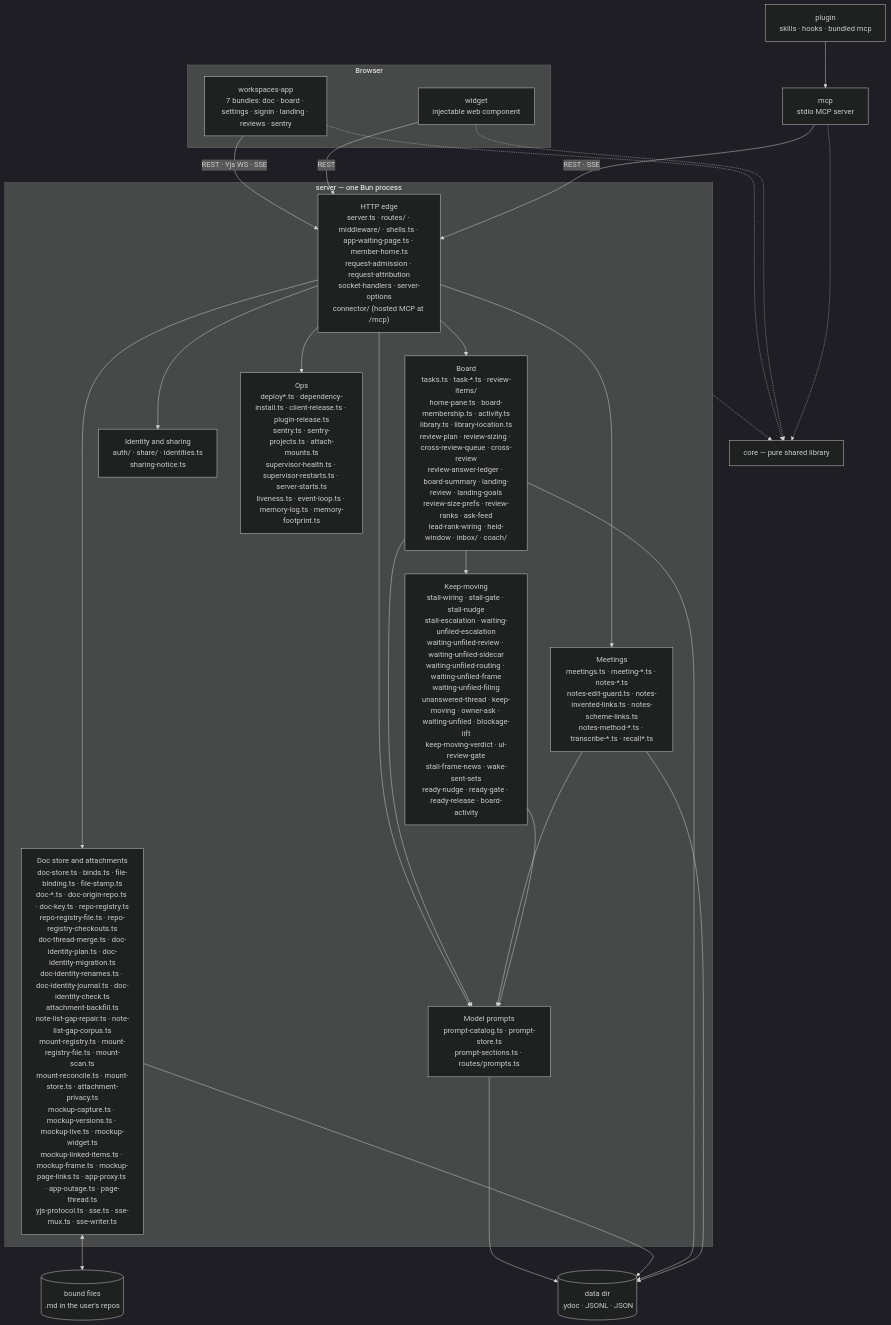
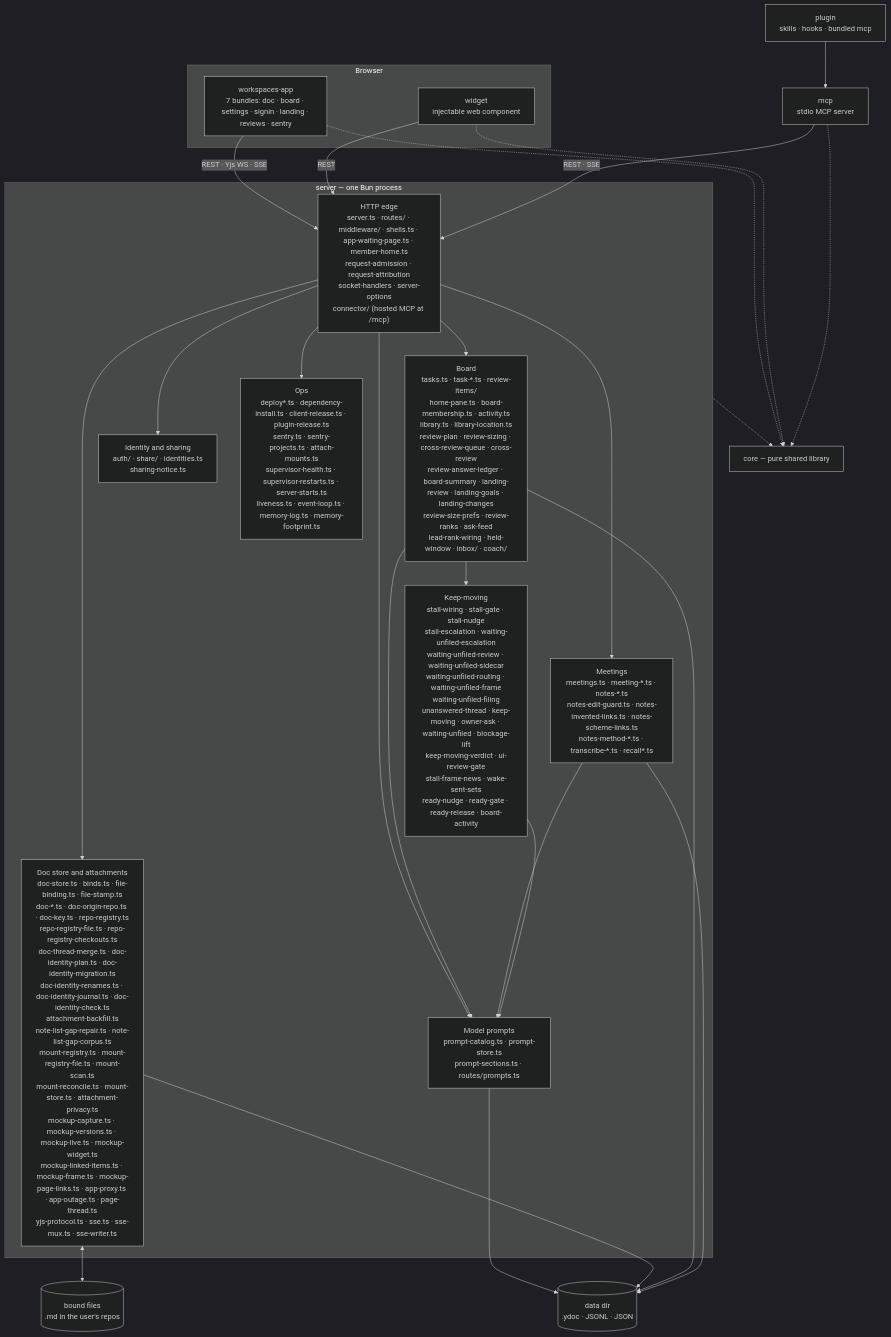
One commit to fryanpan/claude-workspace-plugin changed the first of 2 diagrams in docs/architecture/overview.md. Above: the diagram before and after it, drawn with Mermaid (dark theme). The commit also changed other lines of this file and 14 other files, not shown here.

````diff
--- a/docs/architecture/overview.md
+++ b/docs/architecture/overview.md
@@ -45,35 +45,35 @@
 ```mermaid
 flowchart TB
   subgraph browser[Browser]
     app["workspaces-app<br/>7 bundles: doc · board · settings · signin · landing · reviews · sentry"]
     wid["widget<br/>injectable web component"]
   end
   plug["plugin<br/>skills · hooks · bundled mcp"]
   mcp["mcp<br/>stdio MCP server"]
   subgraph srv["server — one Bun process"]
     edge["HTTP edge<br/>server.ts · routes/ · middleware/ · shells.ts · app-waiting-page.ts · member-home.ts<br/>request-admission · request-attribution<br/>socket-handlers · server-options<br/>connector/ (hosted MCP at /mcp)"]
     docs["Doc store and attachments<br/>doc-store.ts · binds.ts · file-binding.ts · file-stamp.ts<br/>doc-*.ts · doc-origin-repo.ts · doc-key.ts · repo-registry.ts<br/>repo-registry-file.ts · repo-registry-checkouts.ts<br/>doc-thread-merge.ts · doc-identity-plan.ts · doc-identity-migration.ts<br/>doc-identity-renames.ts · doc-identity-journal.ts · doc-identity-check.ts<br/>attachment-backfill.ts<br/>note-list-gap-repair.ts · note-list-gap-corpus.ts<br/>mount-registry.ts · mount-registry-file.ts · mount-scan.ts<br/>mount-reconcile.ts · mount-store.ts · attachment-privacy.ts<br/>mockup-capture.ts · mockup-versions.ts · mockup-live.ts · mockup-widget.ts<br/>mockup-linked-items.ts · mockup-frame.ts · mockup-page-links.ts · app-proxy.ts · app-outage.ts · page-thread.ts<br/>yjs-protocol.ts · sse.ts · sse-mux.ts · sse-writer.ts"]
-    board["Board<br/>tasks.ts · task-*.ts · review-items/<br/>home-pane.ts · board-membership.ts · activity.ts<br/>library.ts · library-location.ts<br/>review-plan · review-sizing · cross-review-queue · cross-review<br/>review-answer-ledger · board-summary · landing-review · landing-goals<br/>review-size-prefs · review-ranks · ask-feed<br/>lead-rank-wiring · held-window · inbox/ · coach/"]
+    board["Board<br/>tasks.ts · task-*.ts · review-items/<br/>home-pane.ts · board-membership.ts · activity.ts<br/>library.ts · library-location.ts<br/>review-plan · review-sizing · cross-review-queue · cross-review<br/>review-answer-ledger · board-summary · landing-review · landing-goals · landing-changes<br/>review-size-prefs · review-ranks · ask-feed<br/>lead-rank-wiring · held-window · inbox/ · coach/"]
     meet["Meetings<br/>meetings.ts · meeting-*.ts · notes-*.ts<br/>notes-edit-guard.ts · notes-invented-links.ts · notes-scheme-links.ts<br/>notes-method-*.ts · transcribe-*.ts · recall*.ts"]
     keep["Keep-moving<br/>stall-wiring · stall-gate · stall-nudge<br/>stall-escalation · waiting-unfiled-escalation<br/>waiting-unfiled-review · waiting-unfiled-sidecar<br/>waiting-unfiled-routing · waiting-unfiled-frame<br/>waiting-unfiled-filing<br/>unanswered-thread · keep-moving · owner-ask · waiting-unfiled · blockage-lift<br/>keep-moving-verdict · ui-review-gate<br/>stall-frame-news · wake-sent-sets<br/>ready-nudge · ready-gate · ready-release · board-activity"]
     ident["Identity and sharing<br/>auth/ · share/ · identities.ts<br/>sharing-notice.ts"]
     prompts["Model prompts<br/>prompt-catalog.ts · prompt-store.ts<br/>prompt-sections.ts · routes/prompts.ts"]
     ops["Ops<br/>deploy*.ts · dependency-install.ts · client-release.ts · plugin-release.ts<br/>sentry.ts · sentry-projects.ts · attach-mounts.ts<br/>supervisor-health.ts · supervisor-restarts.ts · server-starts.ts<br/>liveness.ts · event-loop.ts · memory-log.ts · memory-footprint.ts"]
   end
   core["core — pure shared library"]
   disk[("data dir<br/>.ydoc · JSONL · JSON")]
   files[("bound files<br/>.md in the user's repos")]
 
   app -->|"REST · Yjs WS · SSE"| edge
   wid -->|REST| edge
   plug --> mcp
   mcp -->|"REST · SSE"| edge
   edge --> docs & board & meet & ident & ops & prompts
   board & meet & keep --> prompts
   prompts --> disk
   board --> keep
   docs <--> files
   docs & board & meet --> disk
   app & wid & mcp -.-> core
   srv -.-> core
 ```
````
